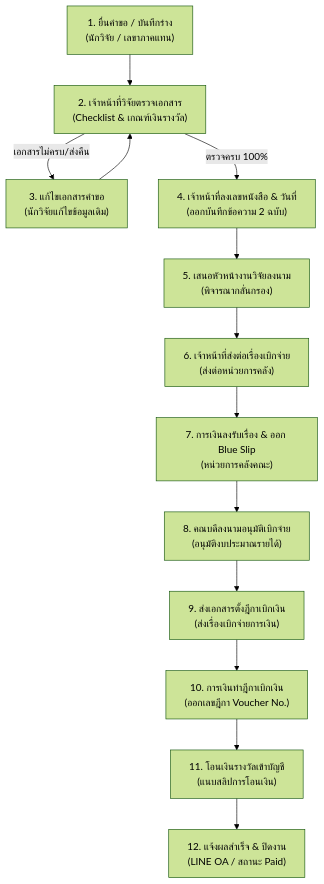
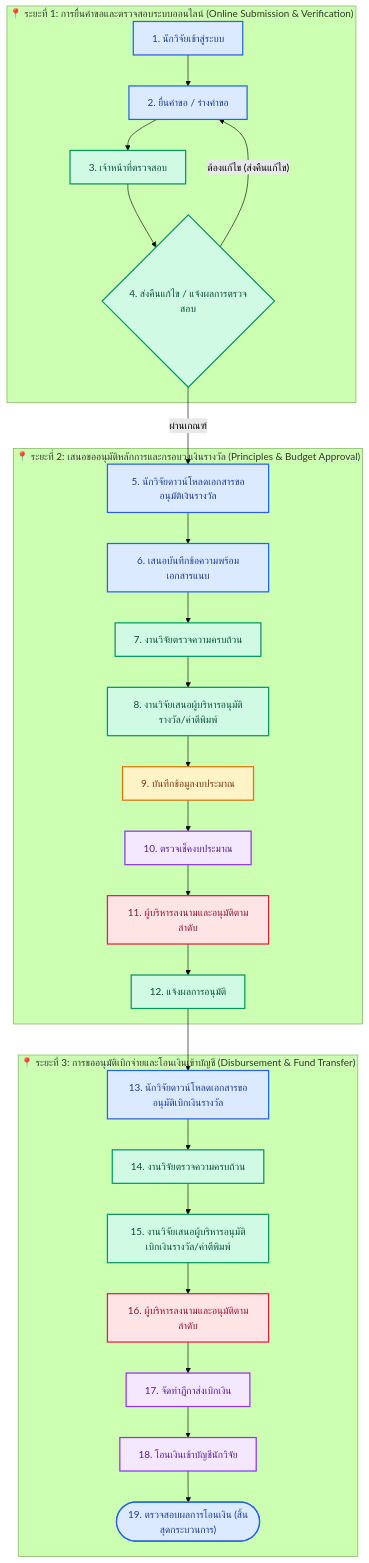
The diagram in WORKFLOW_PROCESS_GUIDE.md (SolarXtr/iram-reward-system), drawn with Mermaid (forest theme) before and after one commit. The commit also changed other lines of this file and 14 other files, not shown here.

Commit message:
feat: implement 19-step workflow architecture with 3-phase timeline tracker and user guide

````diff
--- a/WORKFLOW_PROCESS_GUIDE.md
+++ b/WORKFLOW_PROCESS_GUIDE.md
@@ -14,15 +15,45 @@
 ```mermaid
 flowchart TD
-    S1["1. ยื่นคำขอ / บันทึกร่าง\n(นักวิจัย / เลขาภาคแทน)"] --> S2["2. เจ้าหน้าที่วิจัยตรวจเอกสาร\n(Checklist & เกณฑ์เงินรางวัล)"]
-    S2 -->|"เอกสารไม่ครบ/ส่งคืน"| S3["3. แก้ไขเอกสารคำขอ\n(นักวิจัยแก้ไขข้อมูลเดิม)"]
-    S3 --> S2
-    S2 -->|"ตรวจครบ 100%"| S4["4. เจ้าหน้าที่ลงเลขหนังสือ & วันที่\n(ออกบันทึกข้อความ 2 ฉบับ)"]
-    S4 --> S5["5. เสนอหัวหน้างานวิจัยลงนาม\n(พิจารณากลั่นกรอง)"]
-    S5 --> S6["6. เจ้าหน้าที่ส่งต่อเรื่องเบิกจ่าย\n(ส่งต่อหน่วยการคลัง)"]
-    S6 --> S7["7. การเงินลงรับเรื่อง & ออก Blue Slip\n(หน่วยการคลังคณะ)"]
-    S7 --> S8["8. คณบดีลงนามอนุมัติเบิกจ่าย\n(อนุมัติงบประมาณรายได้)"]
-    S8 --> S9["9. ส่งเอกสารตั้งฎีกาเบิกเงิน\n(ส่งเรื่องเบิกจ่ายการเงิน)"]
-    S9 --> S10["10. การเงินทำฎีกาเบิกเงิน\n(ออกเลขฎีกา Voucher No.)"]
-    S10 --> S11["11. โอนเงินรางวัลเข้าบัญชี\n(แนบสลิปการโอนเงิน)"]
-    S11 --> S12["12. แจ้งผลสำเร็จ & ปิดงาน\n(LINE OA / สถานะ Paid)"]
+    %% Role Classes
+    classDef researcher fill:#dbeafe,stroke:#2563eb,stroke-width:2px,color:#1e3a8a;
+    classDef researchOffice fill:#d1fae5,stroke:#059669,stroke-width:2px,color:#064e3b;
+    classDef policyPlan fill:#fef3c7,stroke:#d97706,stroke-width:2px,color:#78350f;
+    classDef finance fill:#f3e8ff,stroke:#9333ea,stroke-width:2px,color:#581c87;
+    classDef executive fill:#ffe4e6,stroke:#e11d48,stroke-width:2px,color:#881337;
+
+    subgraph P1 ["📍 ระยะที่ 1: การยื่นคำขอและตรวจสอบระบบออนไลน์ (Online Submission & Verification)"]
+        S1["1. นักวิจัยเข้าสู่ระบบ"]:::researcher
+        S2["2. ยื่นคำขอ / ร่างคำขอ"]:::researcher
+        S3["3. เจ้าหน้าที่ตรวจสอบ"]:::researchOffice
+        S4{"4. ส่งคืนแก้ไข / แจ้งผลการตรวจสอบ"}:::researchOffice
+        
+        S1 --> S2 --> S3 --> S4
+        S4 -- "ต้องแก้ไข (ส่งคืนแก้ไข)" --> S2
+    end
+
+    subgraph P2 ["📍 ระยะที่ 2: เสนอขออนุมัติหลักการและกรอบวงเงินรางวัล (Principles & Budget Approval)"]
+        S5["5. นักวิจัยดาวน์โหลดเอกสารขออนุมัติเงินรางวัล"]:::researcher
+        S6["6. เสนอบันทึกข้อความพร้อมเอกสารแนบ"]:::researcher
+        S7["7. งานวิจัยตรวจความครบถ้วน"]:::researchOffice
+        S8["8. งานวิจัยเสนอผู้บริหารอนุมัติรางวัล/ค่าตีพิมพ์"]:::researchOffice
+        S9["9. บันทึกข้อมูลงบประมาณ"]:::policyPlan
+        S10["10. ตรวจเช็คงบประมาณ"]:::finance
+        S11["11. ผู้บริหารลงนามและอนุมัติตามลำดับ"]:::executive
+        S12["12. แจ้งผลการอนุมัติ"]:::researchOffice
+
+        S4 -- "ผ่านเกณฑ์" --> S5
+        S5 --> S6 --> S7 --> S8 --> S9 --> S10 --> S11 --> S12
+    end
+
+    subgraph P3 ["📍 ระยะที่ 3: การขออนุมัติเบิกจ่ายและโอนเงินเข้าบัญชี (Disbursement & Fund Transfer)"]
+        S13["13. นักวิจัยดาวน์โหลดเอกสารขออนุมัติเบิกเงินรางวัล"]:::researcher
+        S14["14. งานวิจัยตรวจความครบถ้วน"]:::researchOffice
+        S15["15. งานวิจัยเสนอผู้บริหารอนุมัติเบิกเงินรางวัล/ค่าตีพิมพ์"]:::researchOffice
+        S16["16. ผู้บริหารลงนามและอนุมัติตามลำดับ"]:::executive
+        S17["17. จัดทำฎีกาส่งเบิกเงิน"]:::finance
+        S18["18. โอนเงินเข้าบัญชีนักวิจัย"]:::finance
+        S19(["19. ตรวจสอบผลการโอนเงิน (สิ้นสุดกระบวนการ)"]):::researcher
+
+        S12 --> S13 --> S14 --> S15 --> S16 --> S17 --> S18 --> S19
+    end
 ```
````
